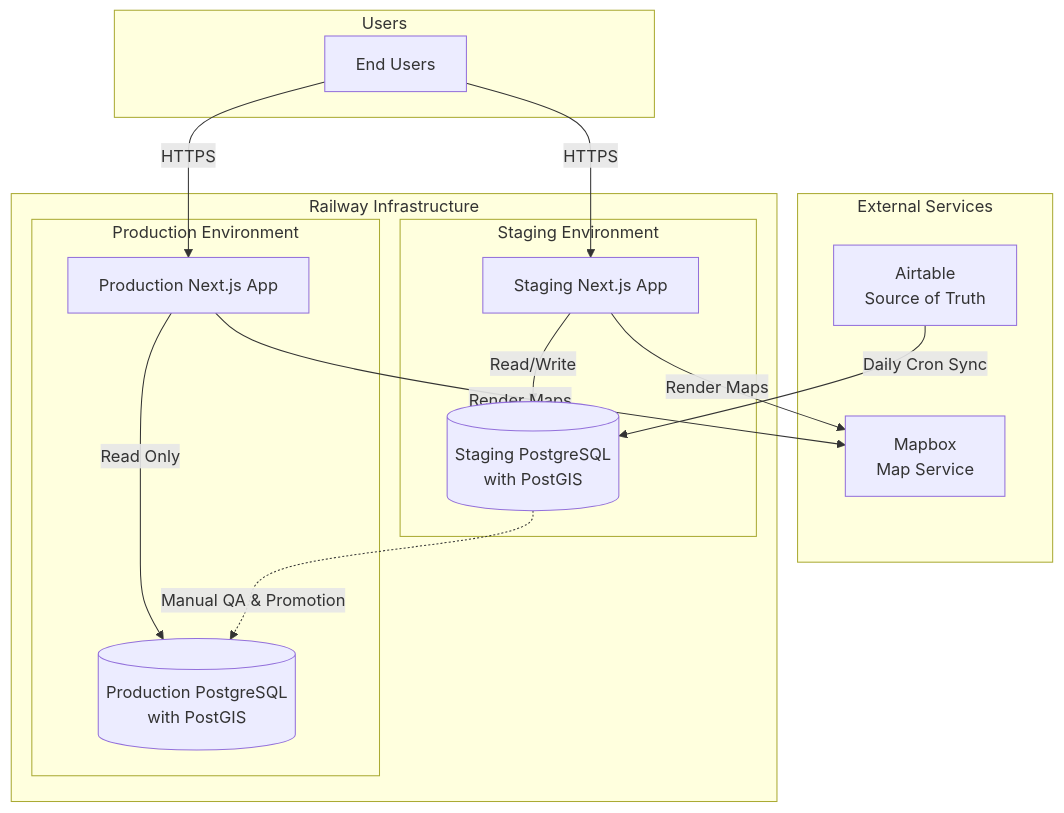
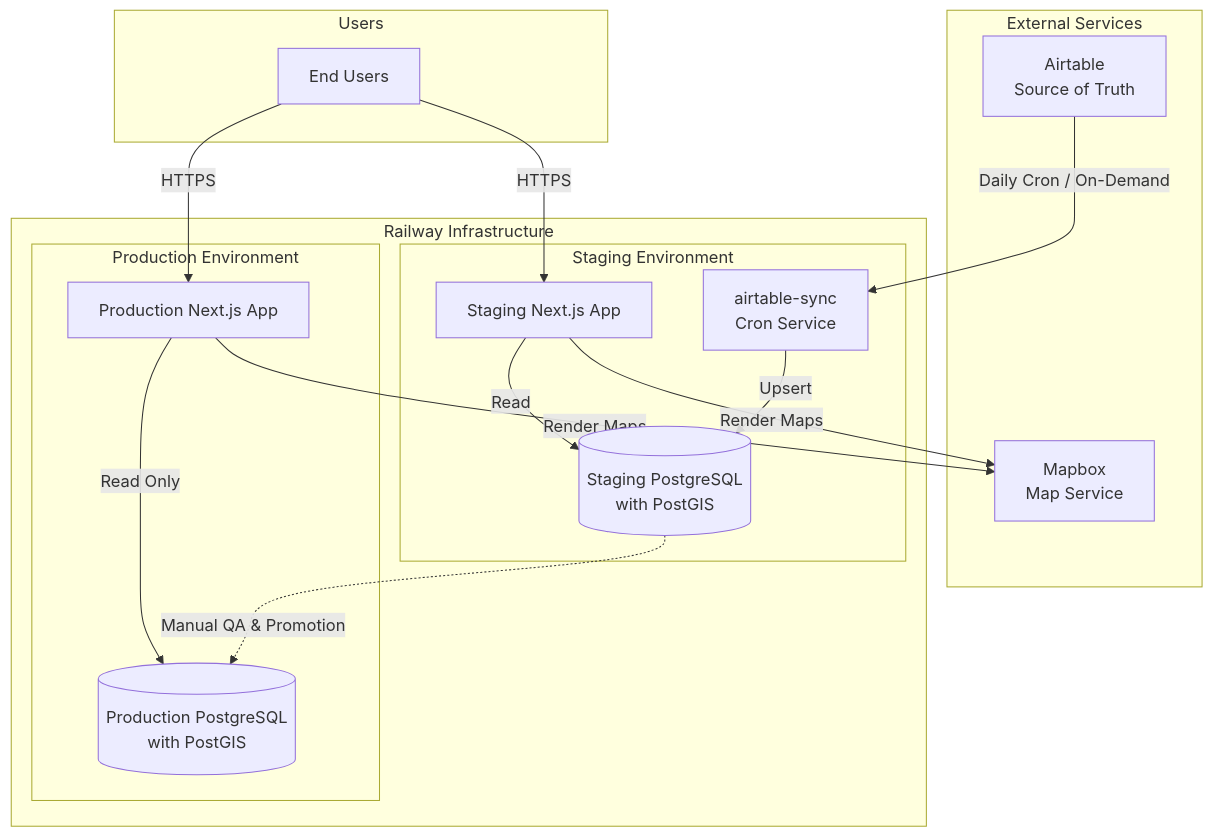
One commit to Circular-San-Antonio-Directory/sa-circular-directory-app changed the diagram in docs/architecture.md. Above: the diagram before and after it, drawn with Mermaid. The commit also changed other lines of this file, not shown here.

Commit message:
architecture.md update

````diff
--- a/docs/architecture.md
+++ b/docs/architecture.md
@@ -28,32 +29,34 @@
 ```mermaid
 graph TB
     subgraph "External Services"
         AT[Airtable<br/>Source of Truth]
         MB[Mapbox<br/>Map Service]
     end
 
     subgraph "Railway Infrastructure"
         subgraph "Staging Environment"
             STGDB[(Staging PostgreSQL<br/>with PostGIS)]
             STGAPP[Staging Next.js App]
+            STGCRON[airtable-sync<br/>Cron Service]
         end
 
         subgraph "Production Environment"
             PRODDB[(Production PostgreSQL<br/>with PostGIS)]
             PRODAPP[Production Next.js App]
         end
     end
 
     subgraph "Users"
         USER[End Users]
     end
 
-    AT -->|Daily Cron Sync| STGDB
-    STGAPP -->|Read/Write| STGDB
+    AT -->|Daily Cron / On-Demand| STGCRON
+    STGCRON -->|Upsert| STGDB
+    STGAPP -->|Read| STGDB
     STGDB -.->|Manual QA & Promotion| PRODDB
     PRODAPP -->|Read Only| PRODDB
     USER -->|HTTPS| PRODAPP
     USER -->|HTTPS| STGAPP
     PRODAPP -->|Render Maps| MB
     STGAPP -->|Render Maps| MB
 ```
````
